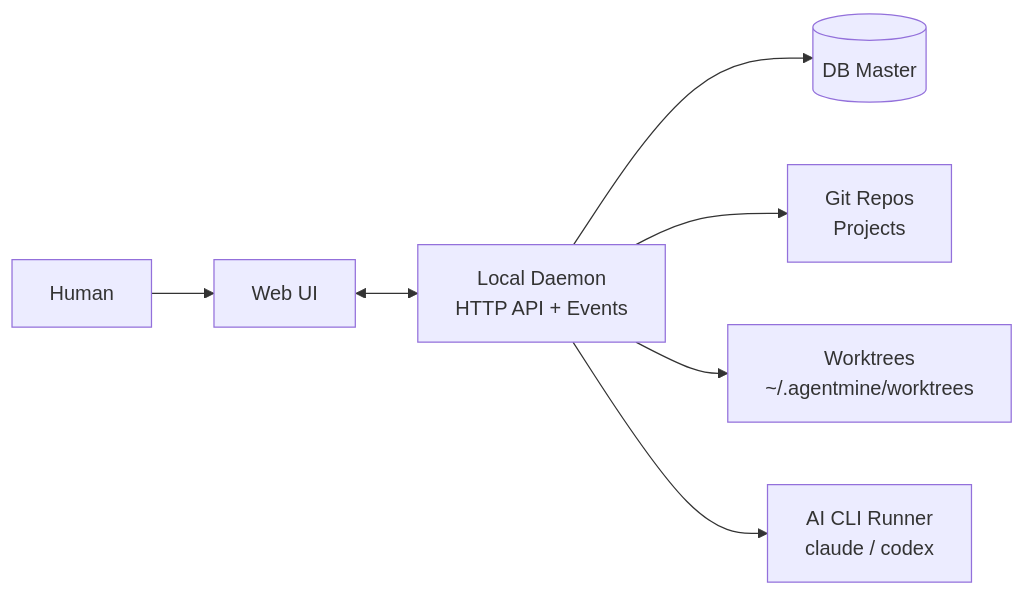
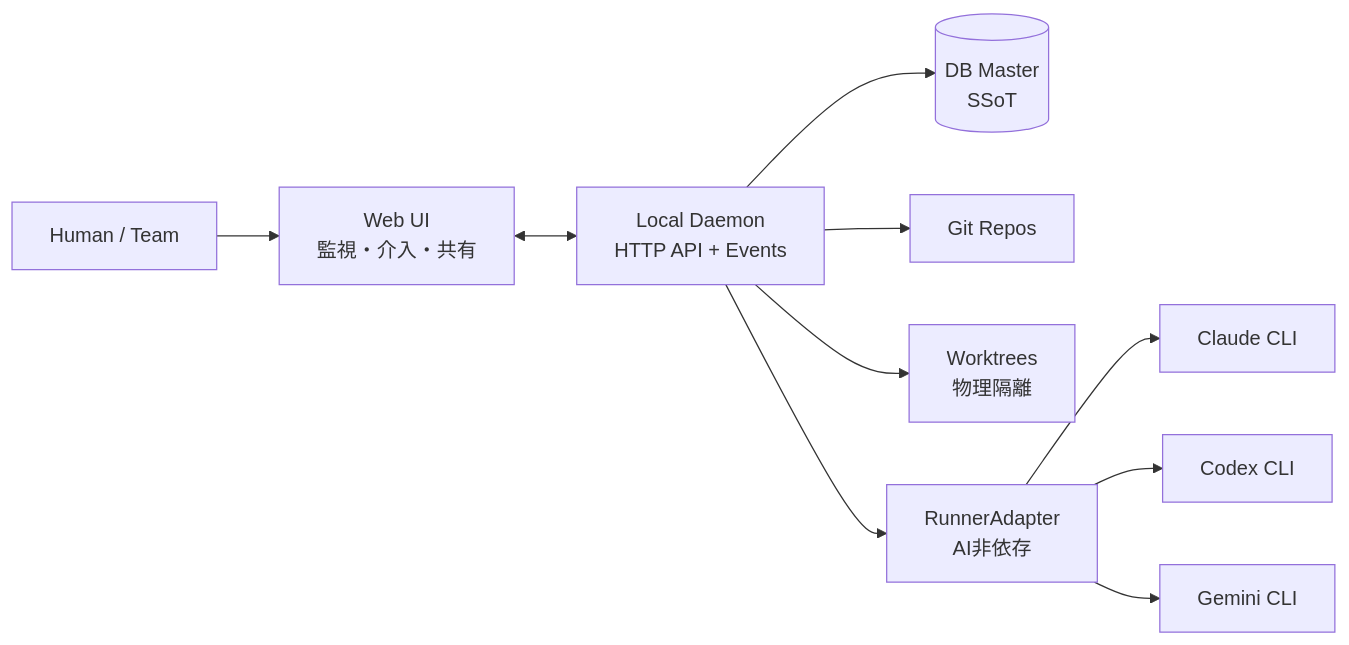
Before and after one commit to krtw00/AgentMine: the diagram in docs/01-overview/summary.md, drawn with Mermaid. The commit also changed other lines of this file and 3 other files, not shown here.

````diff
--- a/docs/01-overview/summary.md
+++ b/docs/01-overview/summary.md
@@ -59,17 +74,23 @@
 ```mermaid
 flowchart LR
-    H[Human]
-    UI[Web UI]
+    H[Human / Team]
+    UI[Web UI<br/>監視・介入・共有]
     D[Local Daemon<br/>HTTP API + Events]
-    DB[(DB Master)]
-    G[Git Repos<br/>Projects]
-    WT[Worktrees<br/>~/.agentmine/worktrees]
-    CLI[AI CLI Runner<br/>claude / codex]
+    DB[(DB Master<br/>SSoT)]
+    G[Git Repos]
+    WT[Worktrees<br/>物理隔離]
+    R1[Claude CLI]
+    R2[Codex CLI]
+    R3[Gemini CLI]
+    RA[RunnerAdapter<br/>AI非依存]
 
     H --> UI
     UI <--> D
     D --> DB
     D --> G
     D --> WT
-    D --> CLI
+    D --> RA
+    RA --> R1
+    RA --> R2
+    RA --> R3
 ```
````
